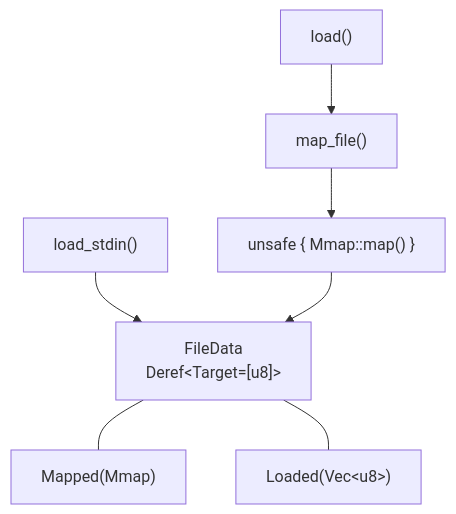
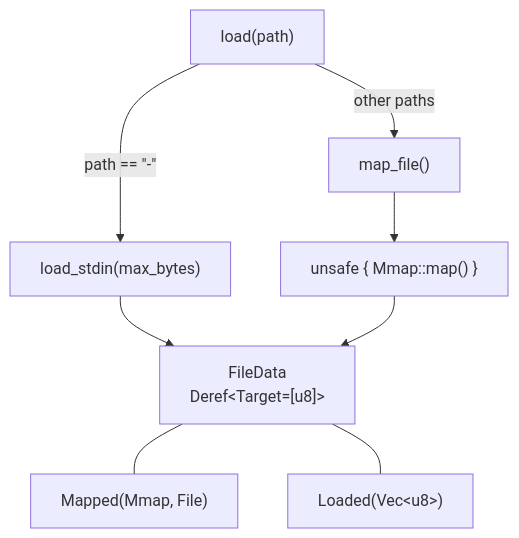
Before and after one commit to EvilBit-Labs/mmap-guard: the diagram in README.md, drawn with Mermaid. The commit also changed other lines of this file and 25 other files, not shown here.

````diff
--- a/README.md
+++ b/README.md
@@ -72,9 +73,10 @@
 ```mermaid
 graph TD
-    load["load()"] --> map_file
-    load_stdin["load_stdin()"] --> FileData
+    load["load(path)"] -->|path == &quot;-&quot;| load_stdin
+    load -->|other paths| map_file
+    load_stdin["load_stdin(max_bytes)"] --> FileData
     map_file["map_file()"] --> unsafe["unsafe { Mmap::map() }"]
     unsafe --> FileData["FileData<br/>Deref&lt;Target=[u8]&gt;"]
-    FileData --- Mapped["Mapped(Mmap)"]
+    FileData --- Mapped["Mapped(Mmap, File)"]
     FileData --- Loaded["Loaded(Vec&lt;u8&gt;)"]
 ```
````
